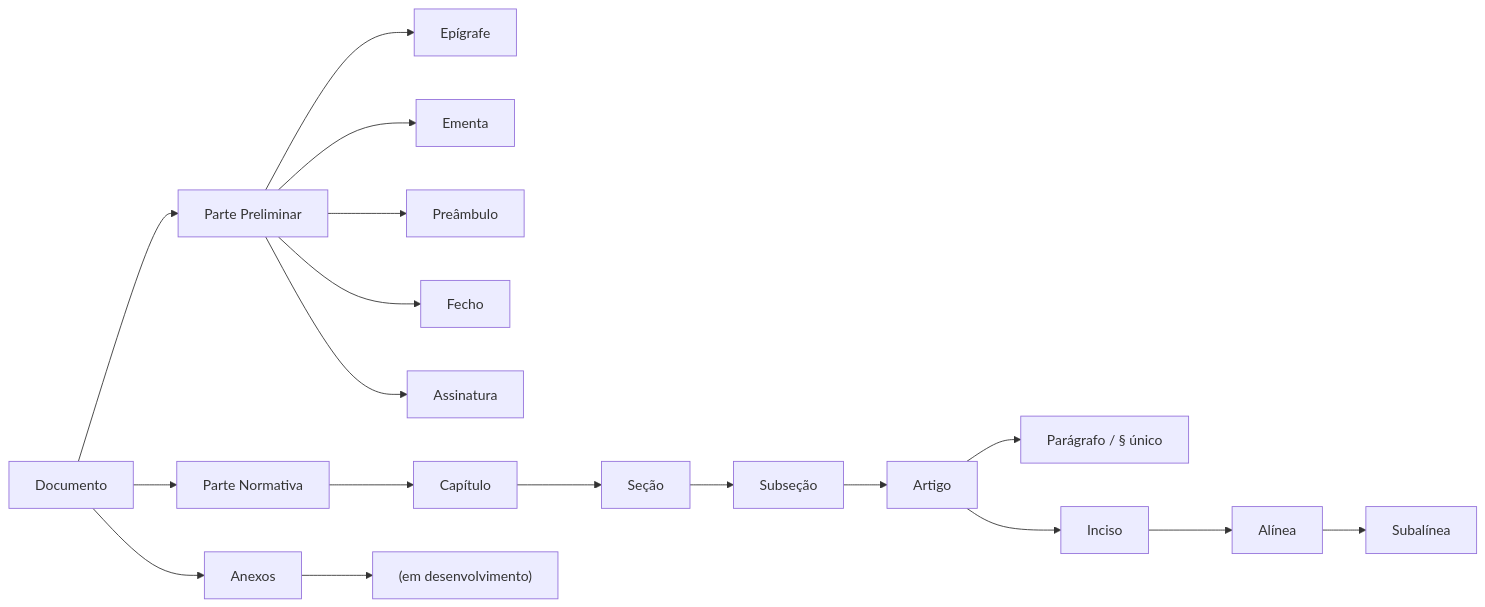
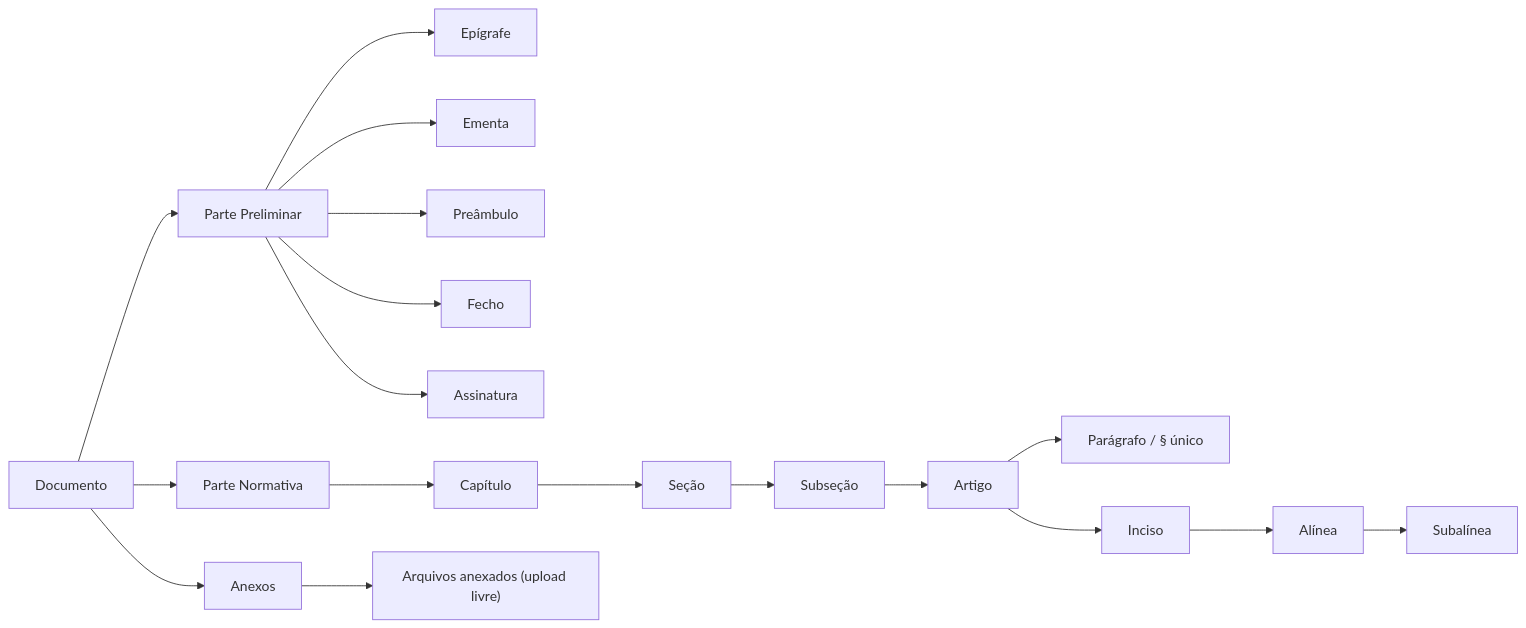
The second of 3 diagrams in README.md (danielchipolesch/fab-legis), drawn with Mermaid before and after one commit. The commit also changed other lines of this file, not shown here.

````diff
--- a/README.md
+++ b/README.md
@@ -317,23 +335,23 @@
 ```mermaid
 graph LR
     D[Documento] --> PP[Parte Preliminar]
     D --> PN[Parte Normativa]
     D --> AN[Anexos]
 
     PP --> E1[Epígrafe]
     PP --> E2[Ementa]
     PP --> E3[Preâmbulo]
     PP --> E4[Fecho]
     PP --> E5[Assinatura]
 
     PN --> C[Capítulo]
     C --> S[Seção]
     S --> SS[Subseção]
     SS --> AR[Artigo]
     AR --> PA["Parágrafo / § único"]
     AR --> IN[Inciso]
     IN --> AL[Alínea]
     AL --> SA[Subalínea]
 
-    AN --> A1["(em desenvolvimento)"]
+    AN --> A1["Arquivos anexados (upload livre)"]
 ```
````
